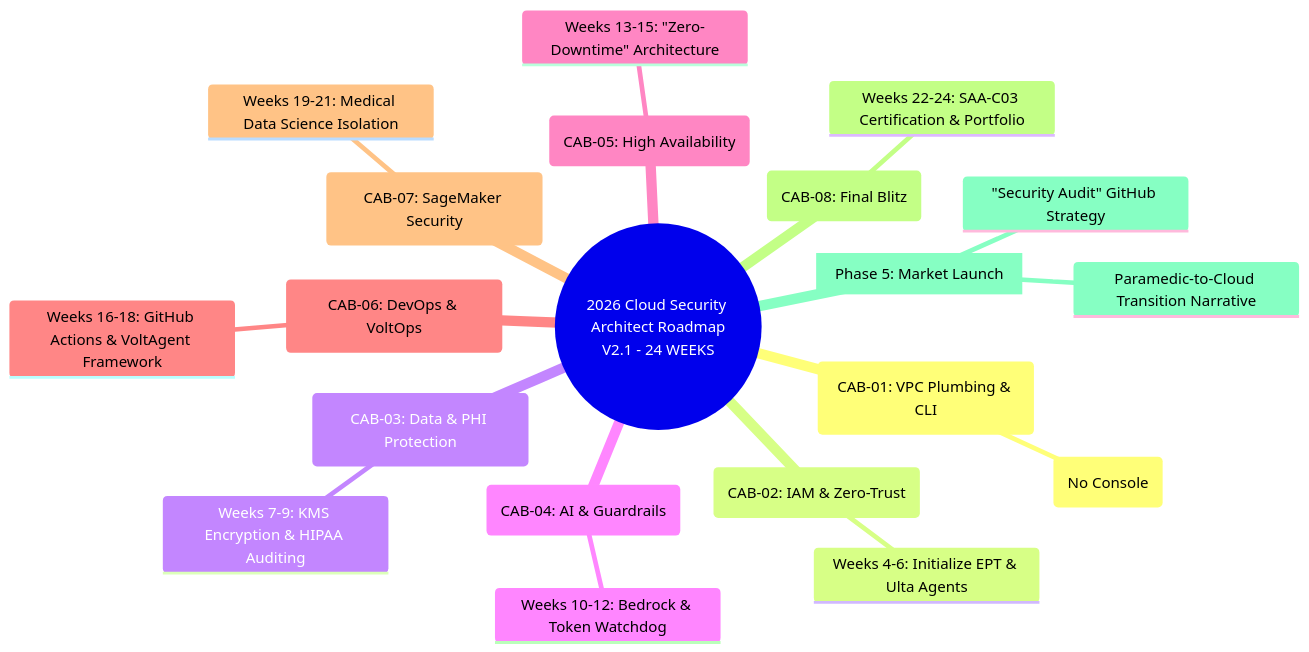
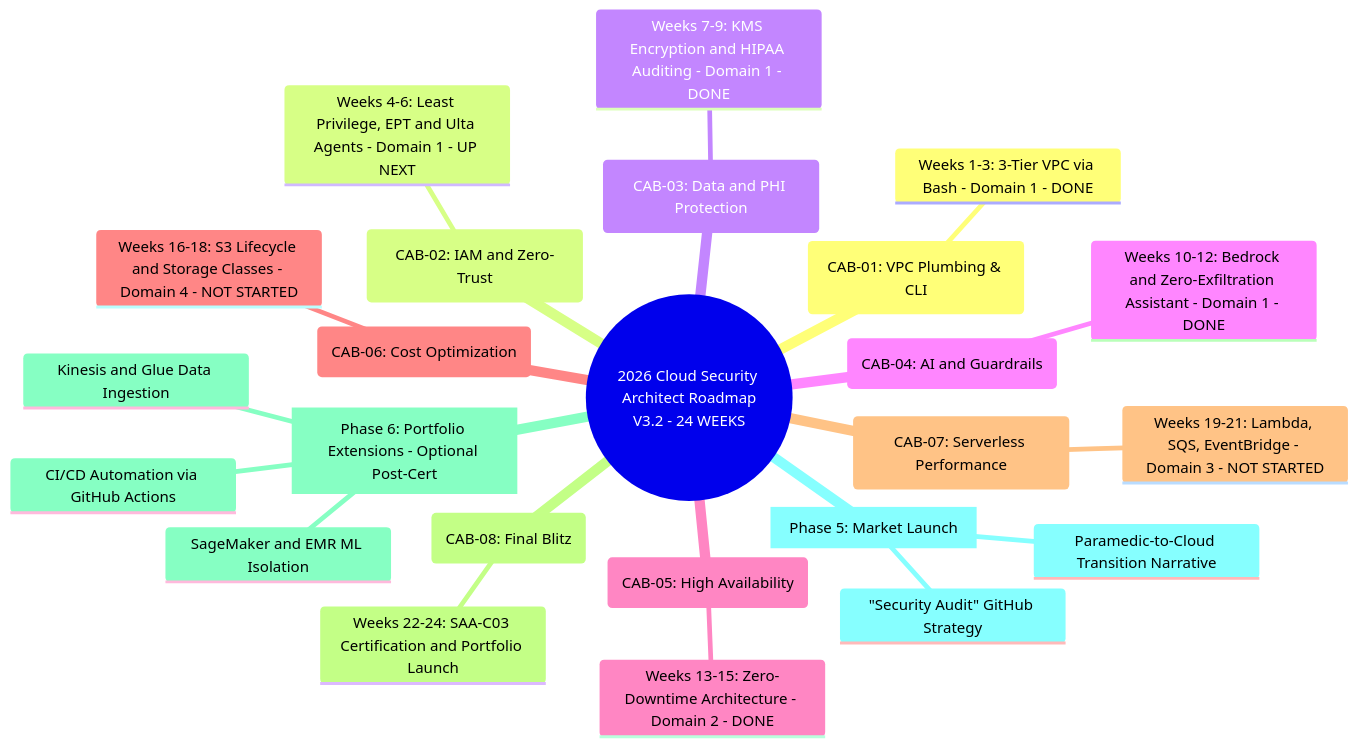
The diagram in MINDMAP.md (2SMOGss/2026-Cloud-Security-Architect-Roadmap), drawn with Mermaid before and after one commit. The commit also changed 13 other files, not shown here.

````diff
--- a/MINDMAP.md
+++ b/MINDMAP.md
@@ -1,32 +1,37 @@
 ```mermaid
 mindmap
-  root((2026 Cloud Security Architect Roadmap<br/>V2.1 - 24 WEEKS))
+  root((2026 Cloud Security Architect Roadmap<br/>V3.2 - 24 WEEKS))
     (CAB-01: VPC Plumbing & CLI)
       ::icon(fa fa-terminal)
-      Weeks 1-3: 3-Tier VPC via Bash (No Console)
-    (CAB-02: IAM & Zero-Trust)
+      Weeks 1-3: 3-Tier VPC via Bash - Domain 1 - DONE
+    (CAB-02: IAM and Zero-Trust)
       ::icon(fa fa-shield-halved)
-      Weeks 4-6: Initialize EPT & Ulta Agents
-    (CAB-03: Data & PHI Protection)
+      Weeks 4-6: Least Privilege, EPT and Ulta Agents - Domain 1 - UP NEXT
+    (CAB-03: Data and PHI Protection)
       ::icon(fa fa-lock)
-      Weeks 7-9: KMS Encryption & HIPAA Auditing
-    (CAB-04: AI & Guardrails)
+      Weeks 7-9: KMS Encryption and HIPAA Auditing - Domain 1 - DONE
+    (CAB-04: AI and Guardrails)
       ::icon(fa fa-robot)
-      Weeks 10-12: Bedrock & Token Watchdog
+      Weeks 10-12: Bedrock and Zero-Exfiltration Assistant - Domain 1 - DONE
     (CAB-05: High Availability)
       ::icon(fa fa-server)
-      Weeks 13-15: "Zero-Downtime" Architecture
-    (CAB-06: DevOps & VoltOps)
-      ::icon(fa fa-code-commit)
-      Weeks 16-18: GitHub Actions & VoltAgent Framework
-    (CAB-07: SageMaker Security)
-      ::icon(fa fa-brain)
-      Weeks 19-21: Medical Data Science Isolation
+      Weeks 13-15: Zero-Downtime Architecture - Domain 2 - DONE
+    (CAB-06: Cost Optimization)
+      ::icon(fa fa-coins)
+      Weeks 16-18: S3 Lifecycle and Storage Classes - Domain 4 - NOT STARTED
+    (CAB-07: Serverless Performance)
+      ::icon(fa fa-bolt)
+      Weeks 19-21: Lambda, SQS, EventBridge - Domain 3 - NOT STARTED
     (CAB-08: Final Blitz)
       ::icon(fa fa-certificate)
-      Weeks 22-24: SAA-C03 Certification & Portfolio
+      Weeks 22-24: SAA-C03 Certification and Portfolio Launch
+    [Phase 6: Portfolio Extensions - Optional Post-Cert]
+      ::icon(fa fa-puzzle-piece)
+      CI/CD Automation via GitHub Actions
+      Kinesis and Glue Data Ingestion
+      SageMaker and EMR ML Isolation
     [Phase 5: Market Launch]
       ::icon(fa fa-rocket)
       Paramedic-to-Cloud Transition Narrative
       "Security Audit" GitHub Strategy
 ```
````
